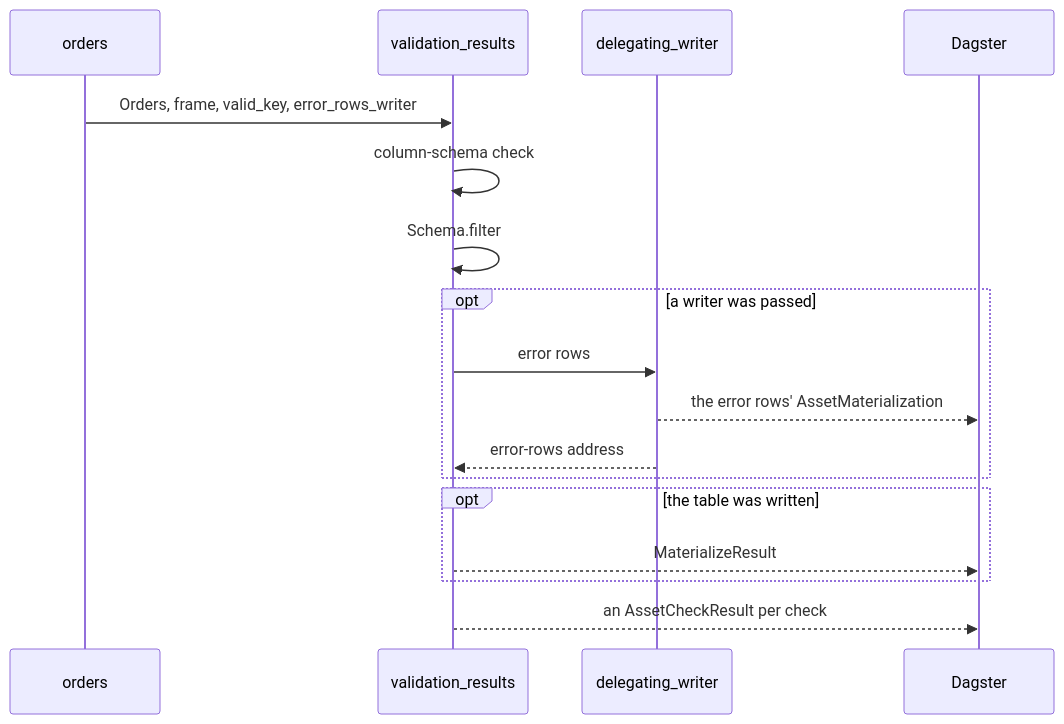
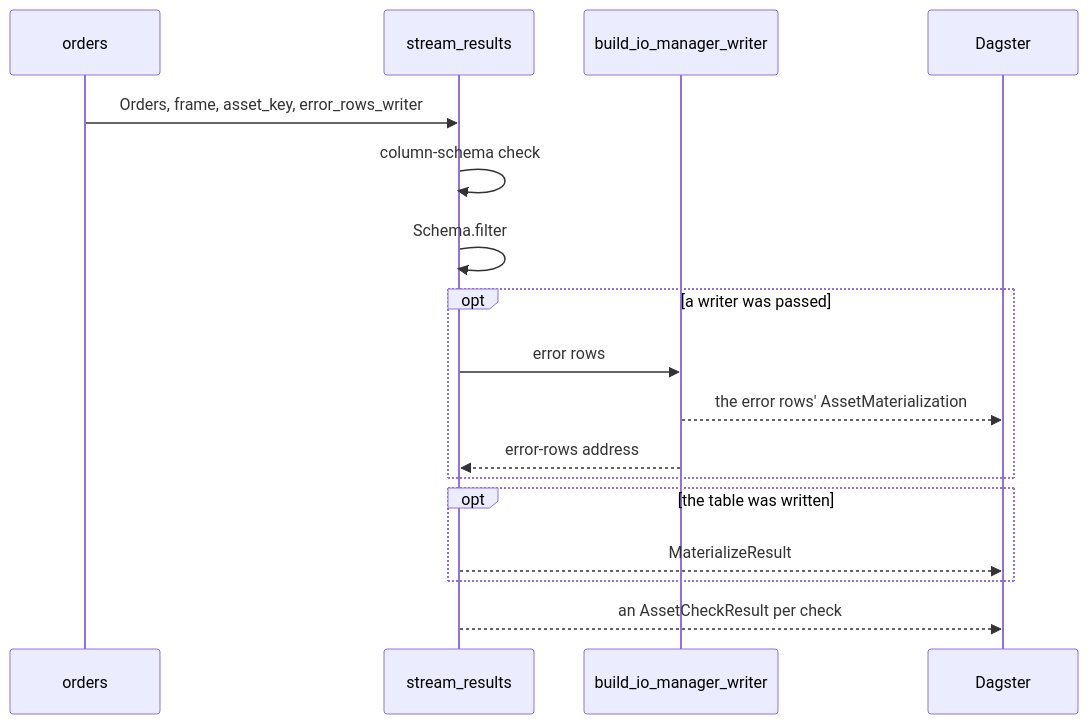
Before and after one commit to ozanozbeker/dagster-dataframely: the second of 2 diagrams in user_guide/hand-wiring.qmd, drawn with Mermaid. The commit also changed other lines of this file and 55 other files, not shown here.

````diff
--- a/user_guide/hand-wiring.qmd
+++ b/user_guide/hand-wiring.qmd
@@ -159,20 +161,20 @@
 ```{mermaid}
 %%| label: hand-wiring-sequence
 sequenceDiagram
     participant A as orders
-    participant V as validation_results
-    participant W as delegating_writer
+    participant V as stream_results
+    participant W as build_io_manager_writer
     participant D as Dagster
-    A->>V: Orders, frame, valid_key, error_rows_writer
+    A->>V: Orders, frame, asset_key, error_rows_writer
     V->>V: column-schema check
     V->>V: Schema.filter
     opt a writer was passed
         V->>W: error rows
         W-->>D: the error rows' AssetMaterialization
         W-->>V: error-rows address
     end
     opt the table was written
         V-->>D: MaterializeResult
     end
     V-->>D: an AssetCheckResult per check
 ```
````
